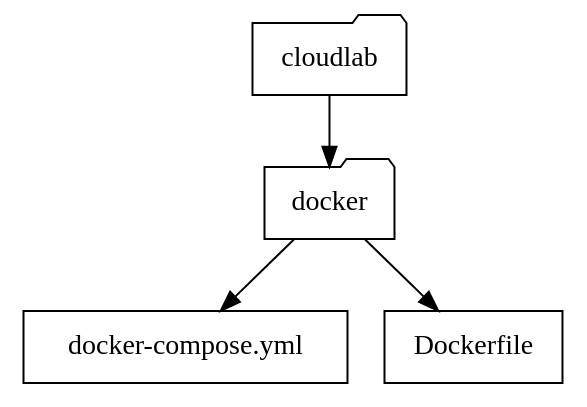
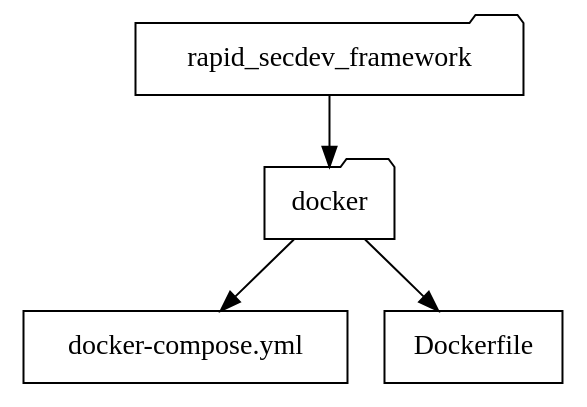
Before and after one commit to hotpeppersec/cloudlab: the diagram in docs/_source/02_docker.rst, drawn with Graphviz. The commit also changed other lines of this file and 2 other files, not shown here.

```diff
--- a/docs/_source/02_docker.rst
+++ b/docs/_source/02_docker.rst
@@ -172,13 +171,14 @@
 .. graphviz::
    :caption: Project Directory
    :align: center
+   :name: myFig1
 
    digraph folders {
-      "cloudlab" [shape=folder];
+      "rapid_secdev_framework" [shape=folder];
       "docker" [shape=folder];
       "docker-compose.yml" [shape=rect];
       "Dockerfile" [shape=rect];
-      "cloudlab" -> "docker";
+      "rapid_secdev_framework" -> "docker";
       "docker" -> "Dockerfile";
       "docker" -> "docker-compose.yml";
    }
```
